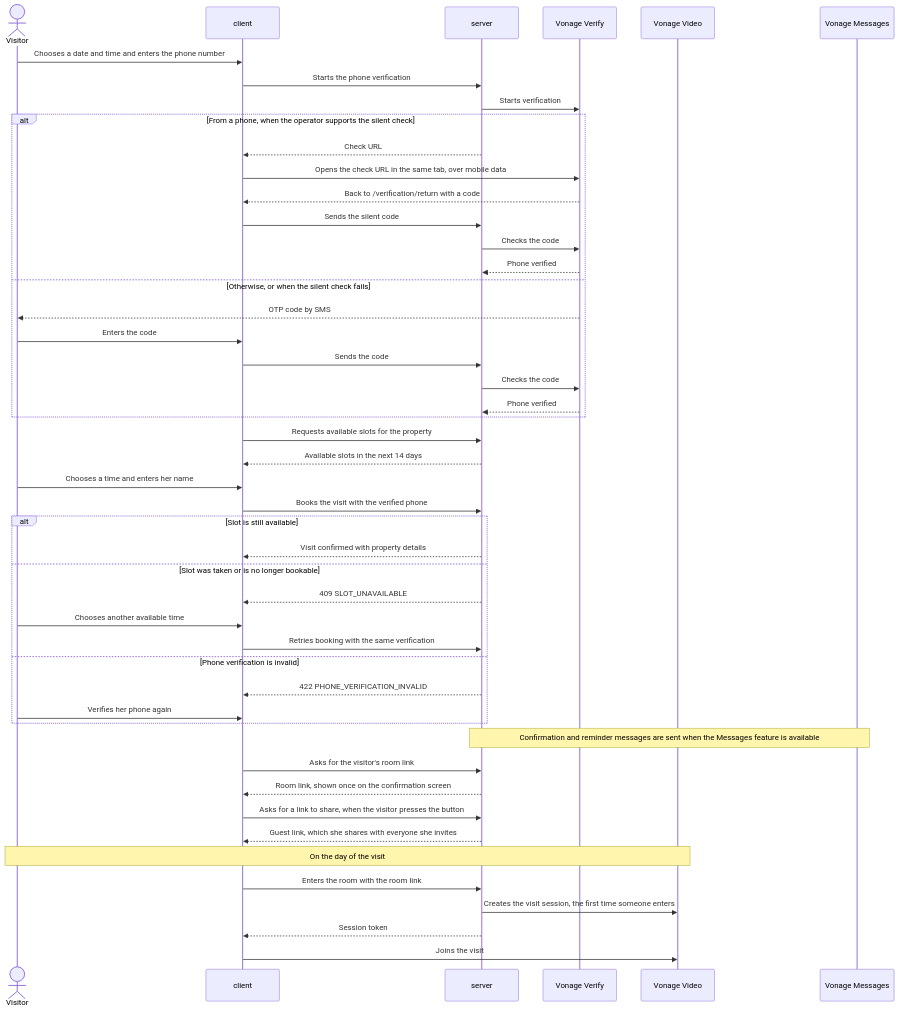
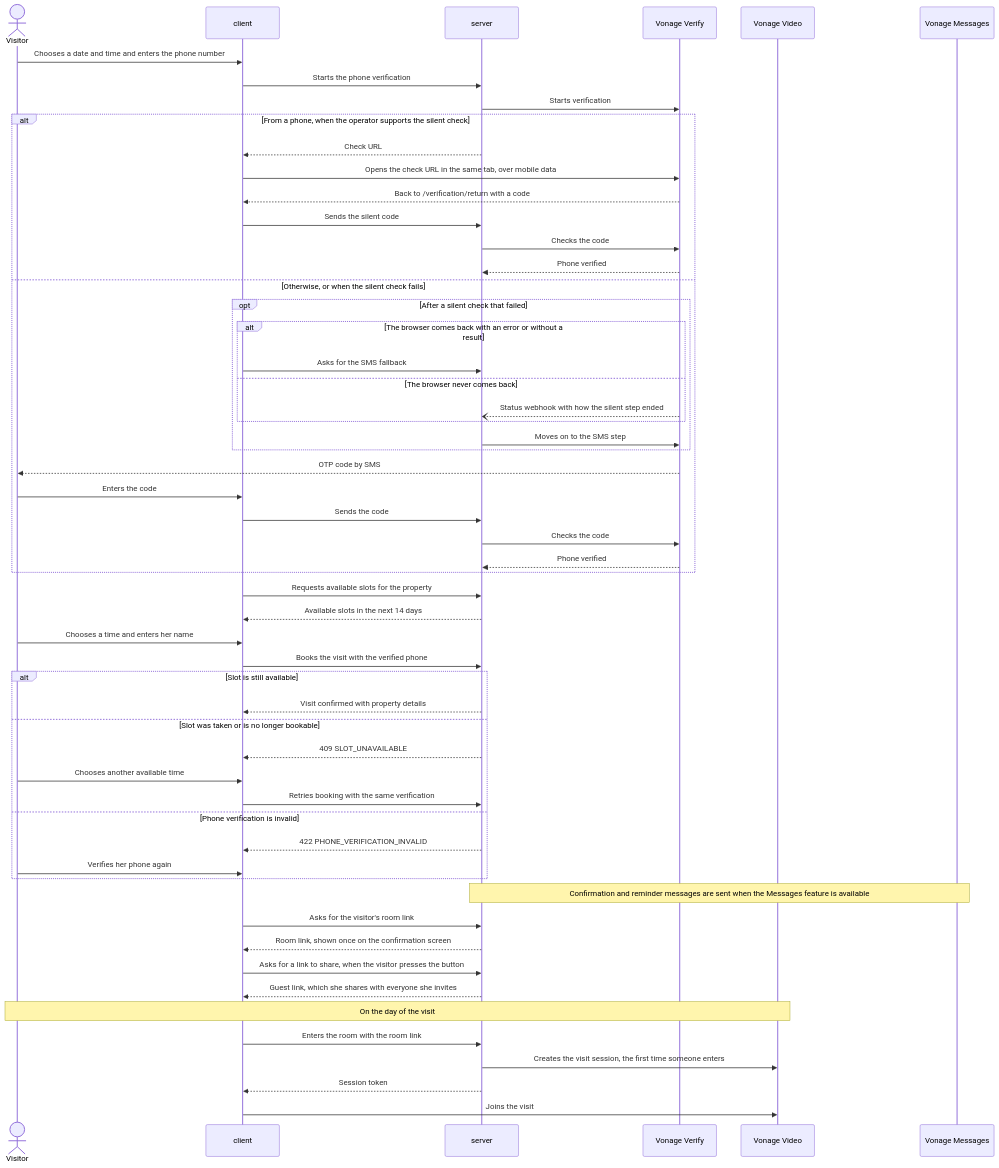
The second of 2 diagrams in docs/architecture/README.md (femCodersClub-vonage-program/secure-property-viewing), drawn with Mermaid before and after one commit. The commit also changed other lines of this file and 4 other files, not shown here.

Commit message:
docs: document how the Verify webhook moves a verification on

````diff
--- a/docs/architecture/README.md
+++ b/docs/architecture/README.md
@@ -25,50 +26,58 @@
 ```mermaid
 sequenceDiagram
   actor V as Visitor
   participant C as client
   participant S as server
   participant VY as Vonage Verify
   participant VV as Vonage Video
   participant VM as Vonage Messages
   V->>C: Chooses a date and time and enters the phone number
   C->>S: Starts the phone verification
   S->>VY: Starts verification
   alt From a phone, when the operator supports the silent check
     S-->>C: Check URL
     C->>VY: Opens the check URL in the same tab, over mobile data
     VY-->>C: Back to /verification/return with a code
     C->>S: Sends the silent code
     S->>VY: Checks the code
     VY-->>S: Phone verified
   else Otherwise, or when the silent check fails
+    opt After a silent check that failed
+      alt The browser comes back with an error or without a result
+        C->>S: Asks for the SMS fallback
+      else The browser never comes back
+        VY--)S: Status webhook with how the silent step ended
+      end
+      S->>VY: Moves on to the SMS step
+    end
     VY-->>V: OTP code by SMS
     V->>C: Enters the code
     C->>S: Sends the code
     S->>VY: Checks the code
     VY-->>S: Phone verified
   end
   C->>S: Requests available slots for the property
   S-->>C: Available slots in the next 14 days
   V->>C: Chooses a time and enters her name
   C->>S: Books the visit with the verified phone
   alt Slot is still available
     S-->>C: Visit confirmed with property details
   else Slot was taken or is no longer bookable
     S-->>C: 409 SLOT_UNAVAILABLE
     V->>C: Chooses another available time
     C->>S: Retries booking with the same verification
   else Phone verification is invalid
     S-->>C: 422 PHONE_VERIFICATION_INVALID
     V->>C: Verifies her phone again
   end
   Note over S,VM: Confirmation and reminder messages are sent when the Messages feature is available
   C->>S: Asks for the visitor's room link
   S-->>C: Room link, shown once on the confirmation screen
   C->>S: Asks for a link to share, when the visitor presses the button
   S-->>C: Guest link, which she shares with everyone she invites
   Note over V,VV: On the day of the visit
   C->>S: Enters the room with the room link
   S->>VV: Creates the visit session, the first time someone enters
   S-->>C: Session token
   C->>VV: Joins the visit
 ```
````
